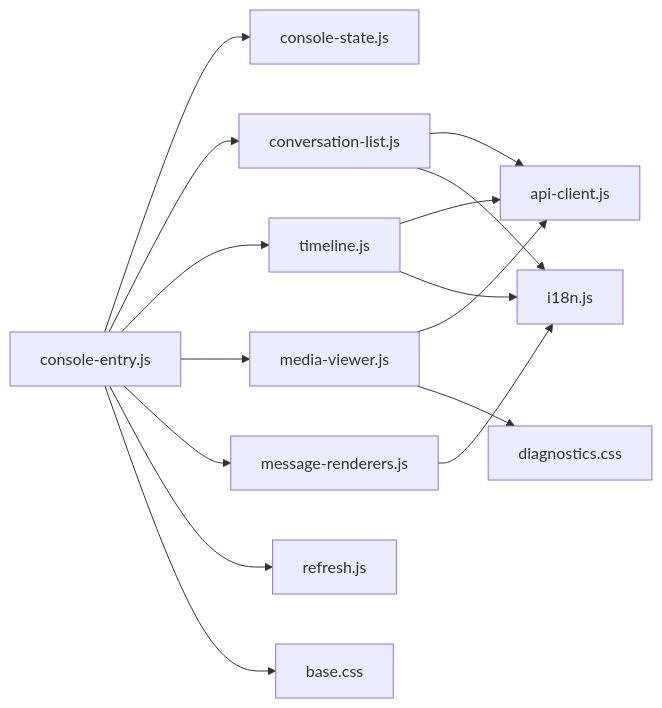
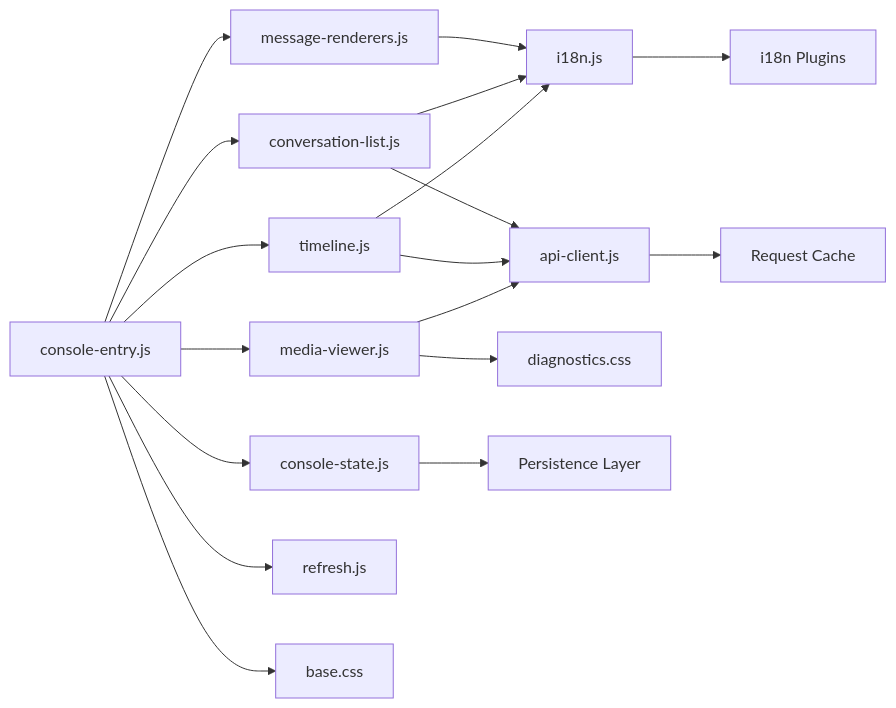
Before and after one commit to zuohaisu/wecom-archive: diagram 12 of 15 in .qoder/repowiki/en/content/Web Application/Client-Side Architecture.md, drawn with Mermaid. The commit also changed other lines of this file and 95 other files, not shown here.

````diff
--- a/.qoder/repowiki/en/content/Web Application/Client-Side Architecture.md
+++ b/.qoder/repowiki/en/content/Web Application/Client-Side Architecture.md
@@ -433,17 +506,20 @@
 ```mermaid
 graph LR
 CE["console-entry.js"] --> CS["console-state.js"]
 CE --> CL["conversation-list.js"]
 CE --> TL["timeline.js"]
 CE --> MV["media-viewer.js"]
 CE --> MR["message-renderers.js"]
 CE --> RF["refresh.js"]
 CL --> API["api-client.js"]
 TL --> API
 MV --> API
 MR --> I18N["i18n.js"]
 CL --> I18N
 TL --> I18N
 CE --> BCSS["base.css"]
 MV --> DCSS["diagnostics.css"]
+API --> Cache["Request Cache"]
+CS --> Storage["Persistence Layer"]
+I18N --> Plugins["i18n Plugins"]
 ```
````
